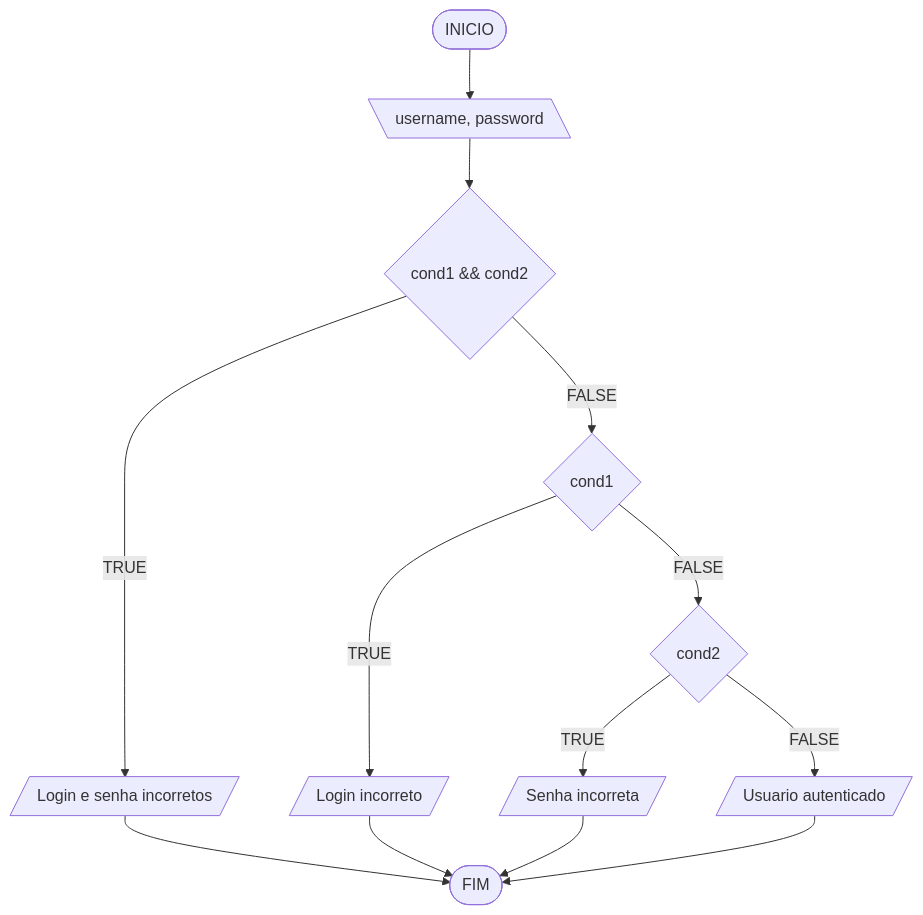
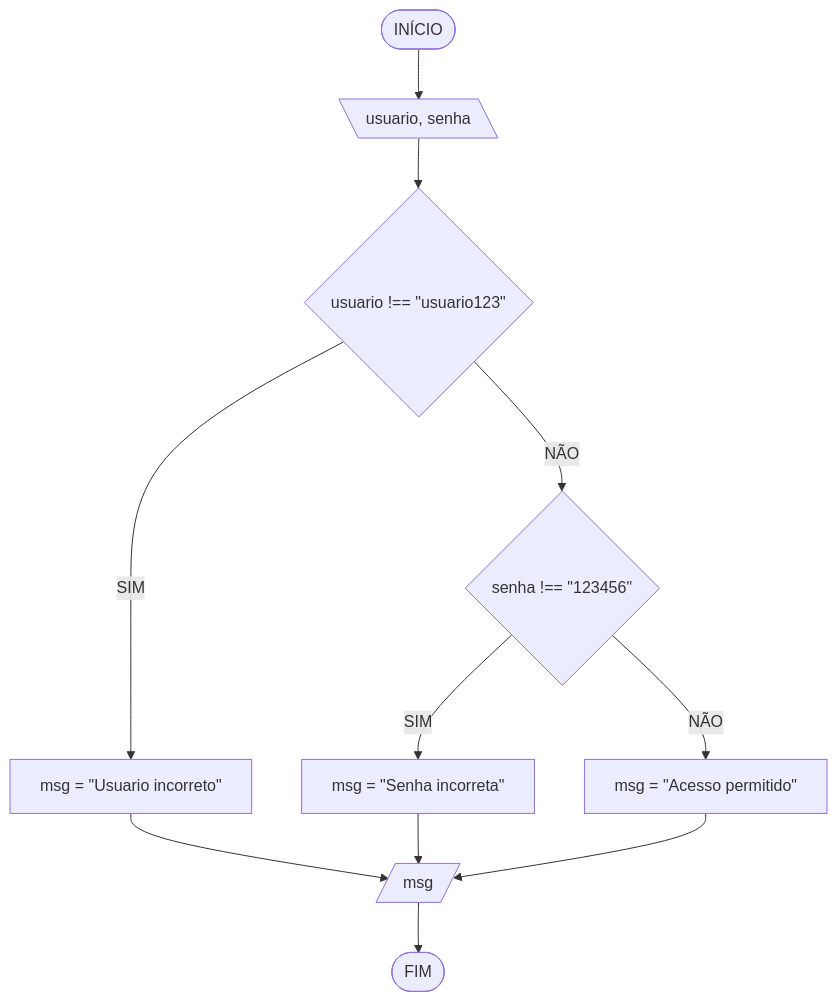
One commit to carubbi/RLA changed the sixth of 6 diagrams in aulas/aula4/aul4.md. Above: the diagram before and after it, drawn with Mermaid. The commit also changed other lines of this file and 25 other files, not shown here.

````diff
--- a/aulas/aula4/aul4.md
+++ b/aulas/aula4/aul4.md
@@ -208,15 +203,13 @@
 ```mermaid
 flowchart TD
-A([INICIO]) --> B[\username, password\]
-B --> C{cond1 && cond2}
-C -- TRUE --> D[/Login e senha incorretos/]
-C -- FALSE --> E{cond1}
-E -- TRUE --> F[/Login incorreto/]
-E -- FALSE --> G{cond2}
-G -- TRUE --> H[/Senha incorreta/]
-G -- FALSE --> I[/Usuario autenticado/]
-D --> J([FIM])
-F --> J
-H --> J
-I --> J
+A([INÍCIO]) --> B[\usuario, senha\]
+B --> C{"usuario !== #quot;usuario123#quot;"}
+C -- SIM --> D["msg = #quot;Usuario incorreto#quot;"]
+C -- NÃO --> E{"senha !== #quot;123456#quot;"}
+E -- SIM --> F["msg = #quot;Senha incorreta#quot;"]
+E -- NÃO --> G["msg = #quot;Acesso permitido#quot;"]
+D --> H[/msg/]
+F --> H
+G --> H
+H --> I([FIM])
 ```
````
